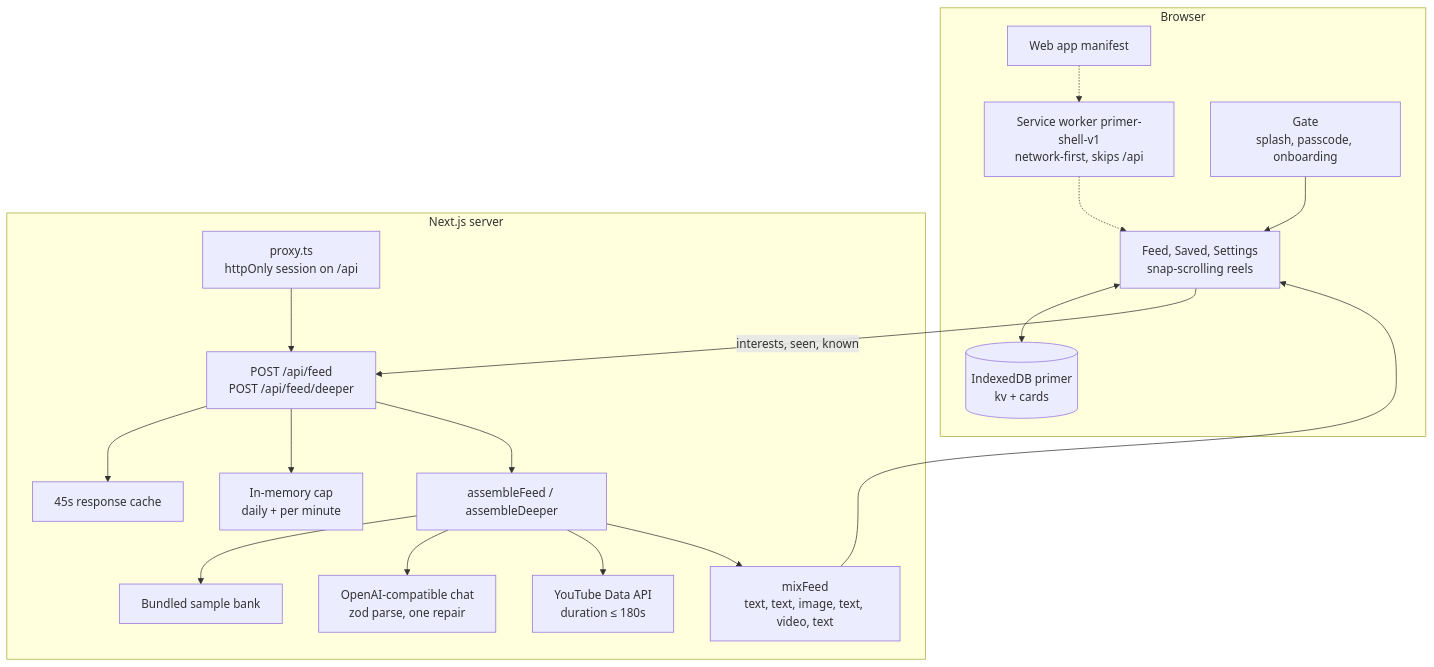
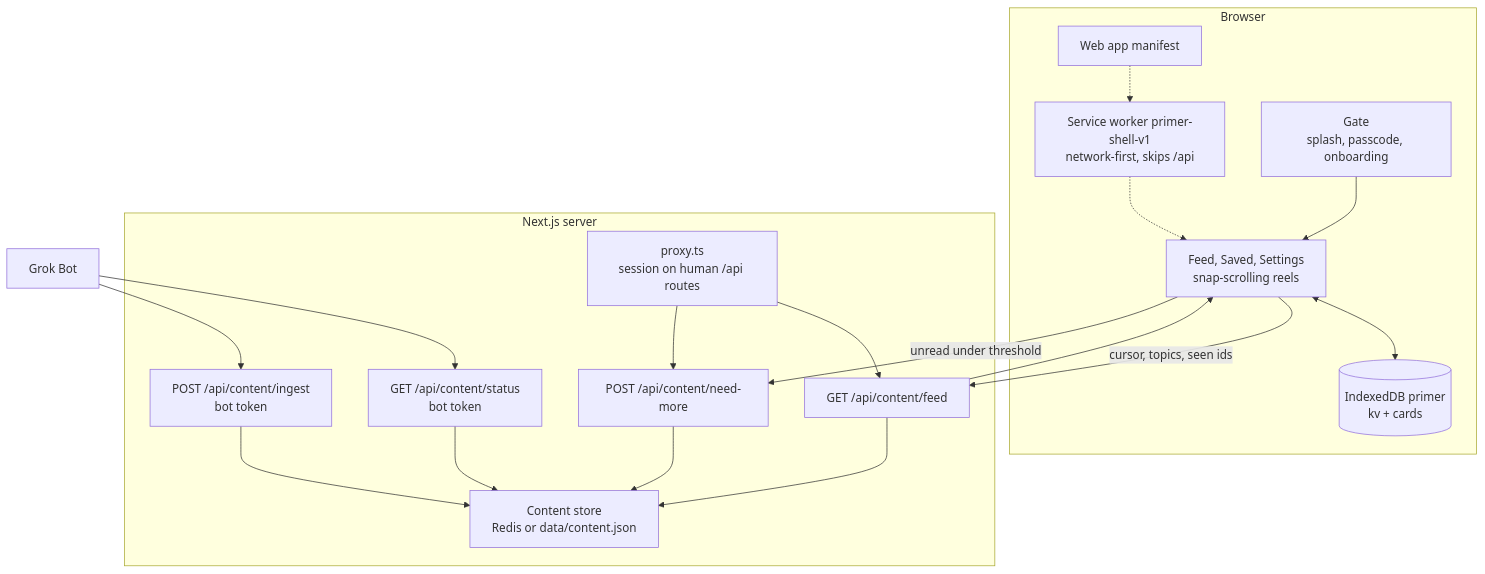
One commit to amit-tech-org/personal-learning-reels-app changed the diagram in docs/ARCHITECTURE.md. Above: the diagram before and after it, drawn with Mermaid. The commit also changed other lines of this file and 31 other files, not shown here.

First line of the commit message:
Serve Primer from a pre-generated content bank.

````diff
--- a/docs/ARCHITECTURE.md
+++ b/docs/ARCHITECTURE.md
@@ -5,37 +5,35 @@
 ```mermaid
 flowchart TB
   subgraph browser [Browser]
     Manifest[Web app manifest]
     SW["Service worker primer-shell-v1<br/>network-first, skips /api"]
     Gate["Gate<br/>splash, passcode, onboarding"]
     UI["Feed, Saved, Settings<br/>snap-scrolling reels"]
     IDB[("IndexedDB primer<br/>kv + cards")]
     Gate --> UI
     UI <--> IDB
     SW -.-> UI
     Manifest -.-> SW
   end
 
   subgraph next [Next.js server]
-    Proxy["proxy.ts<br/>httpOnly session on /api"]
-    Routes["POST /api/feed<br/>POST /api/feed/deeper"]
-    Cap["In-memory cap<br/>daily + per minute"]
-    Cache["45s response cache"]
-    Assemble[assembleFeed / assembleDeeper]
-    Mix["mixFeed<br/>text, text, image, text, video, text"]
-    Demo[Bundled sample bank]
-    LLM["OpenAI-compatible chat<br/>zod parse, one repair"]
-    YT["YouTube Data API<br/>duration ≤ 180s"]
-    Proxy --> Routes
-    Routes --> Cache
-    Routes --> Cap
-    Routes --> Assemble
-    Assemble --> Demo
-    Assemble --> LLM
-    Assemble --> YT
-    Assemble --> Mix
+    Proxy["proxy.ts<br/>session on human /api routes"]
+    Feed["GET /api/content/feed"]
+    Need["POST /api/content/need-more"]
+    Status["GET /api/content/status<br/>bot token"]
+    Ingest["POST /api/content/ingest<br/>bot token"]
+    Store["Content store<br/>Redis or data/content.json"]
+    Proxy --> Feed
+    Proxy --> Need
+    Feed --> Store
+    Need --> Store
+    Status --> Store
+    Ingest --> Store
   end
 
-  UI -->|"interests, seen, known"| Routes
-  Mix --> UI
+  UI -->|"cursor, topics, seen ids"| Feed
+  UI -->|"unread under threshold"| Need
+  Feed --> UI
+  Bot[Grok Bot] --> Status
+  Bot --> Ingest
 ```
````
